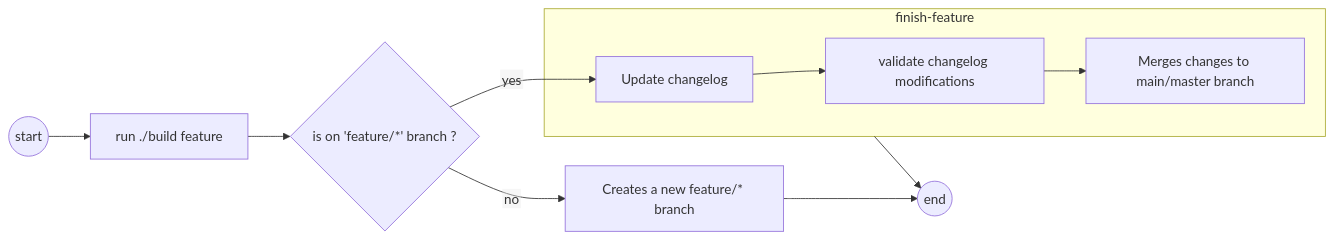
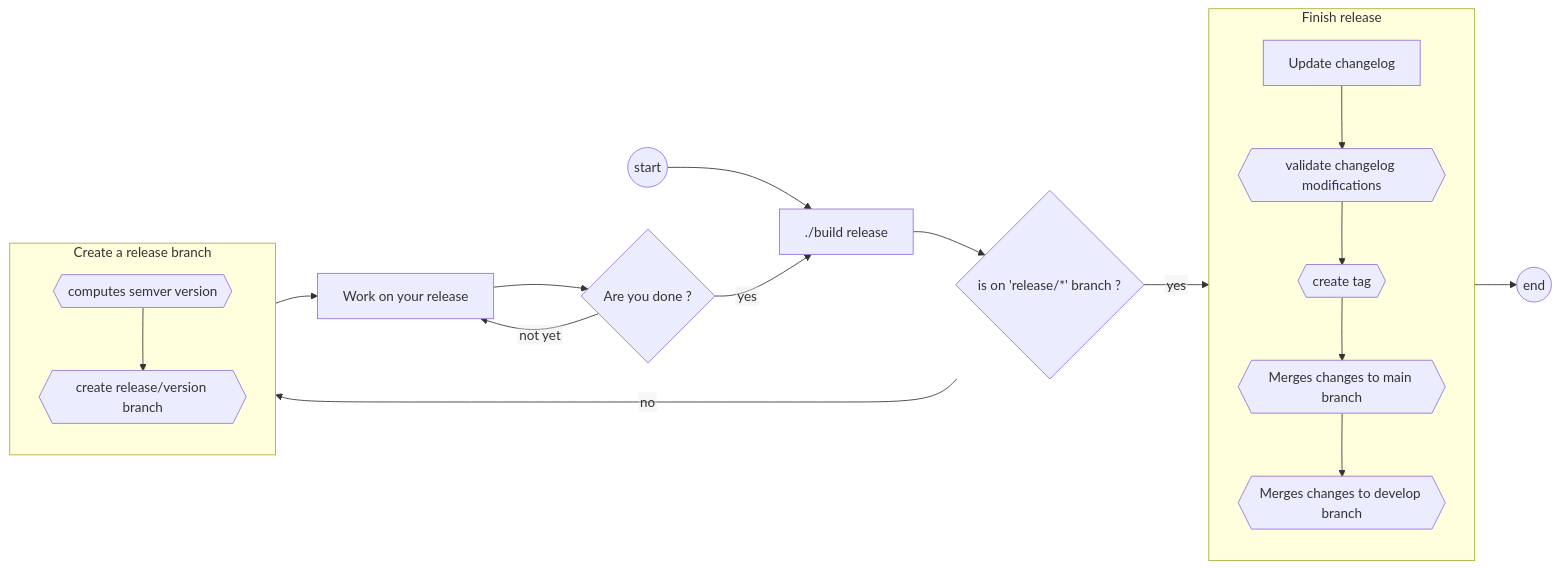
The second of 2 diagrams in README.md (candoumbe/Pipelines), drawn with Mermaid before and after one commit. The commit also changed other lines of this file, not shown here.

````diff
--- a/README.md
+++ b/README.md
@@ -116,14 +181,24 @@
 ```mermaid
 %%{init: {"flowchart": {"htmlLabels": false}} }%%
 flowchart LR
-    A((start)) --> B["run ./build feature"]
-    B --> C{is on 'feature/*' branch ?}
-    C -- no --> D[Creates a new feature/* branch]
-    C -- yes --> F
-    subgraph finish-feature
-      F[Update changelog] --> G[validate changelog modifications]
-      G --> H[Merges changes to main/master branch]
+    A((start)) --> B["./build release"]
+    B --> C{is on 'release/*' branch ?}
+    C -- no --> create-branch
+    subgraph create-branch[Create a release branch]
+        G{{computes semver version}} --> H{{create release/version branch}}
     end
-    finish-feature --> Z((end))
-    D --> Z
+    create-branch --> D[Work on your release]
+    C -- yes --> finish-release
+    D --> E{Are you done ?}
+    E --yes --> B
+    E -- not yet --> D
+
+    subgraph finish-release[Finish release]
+      J[Update changelog] --> K{{validate changelog modifications}}
+      K --> M{{create tag}}
+      M --> N{{Merges changes to main branch}}
+      N --> O{{Merges changes to develop branch}}
+    end
+
+    finish-release --> Z((end))
 ```
````
